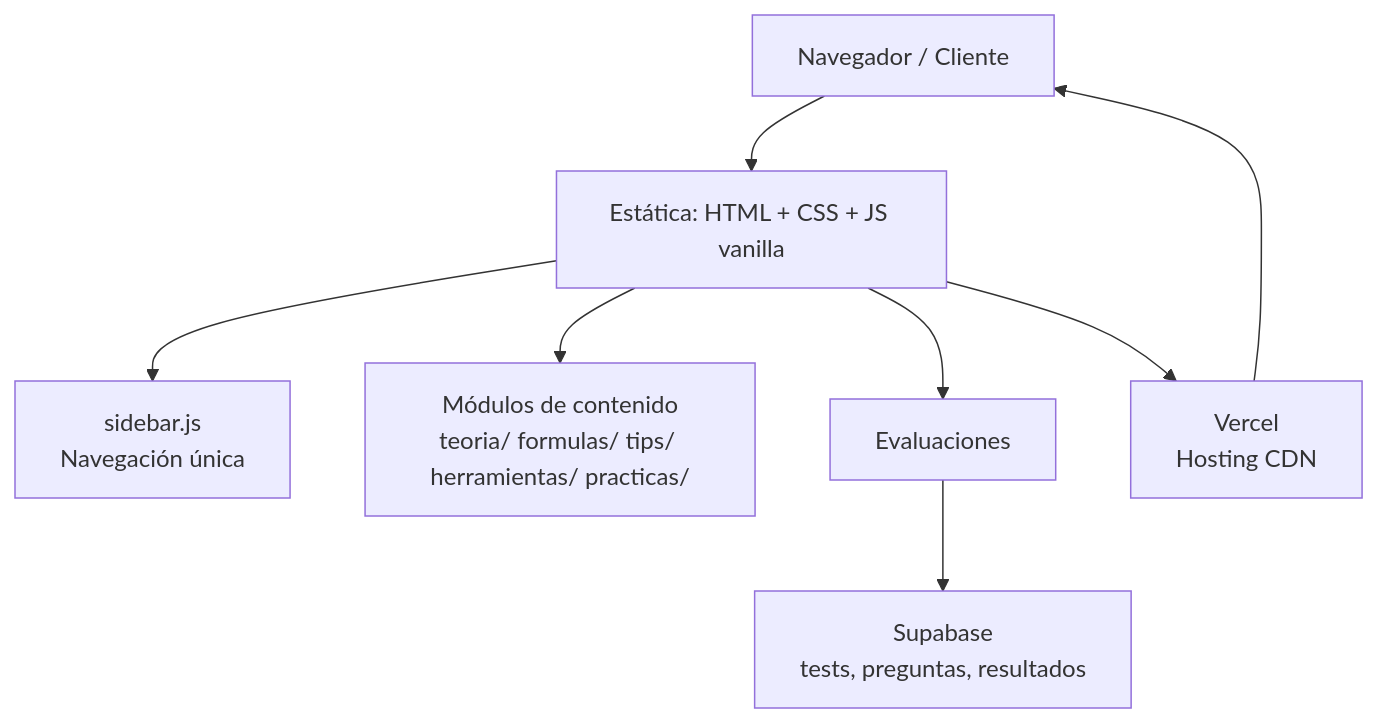
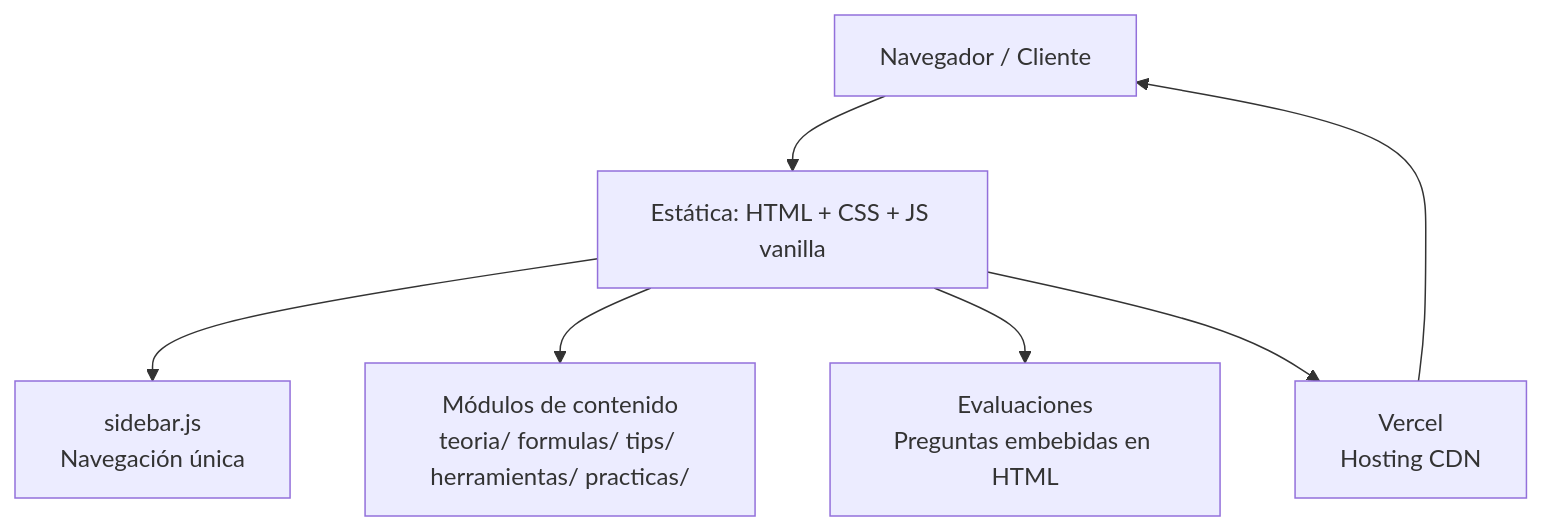
Before and after one commit to Samydex156/vanilla-blog-excel: the diagram in docs/README.md, drawn with Mermaid. The commit also changed other lines of this file and 6 other files, not shown here.

Commit message:
docs: actualizar documentacion tras eliminacion de Supabase y evaluaciones estaticas

````diff
--- a/docs/README.md
+++ b/docs/README.md
@@ -9,10 +9,9 @@
 ```mermaid
 graph TD
     A[Navegador / Cliente] --> B[Estática: HTML + CSS + JS vanilla]
     B --> C[sidebar.js<br/>Navegación única]
     B --> D[Módulos de contenido<br/>teoria/ formulas/ tips/ herramientas/ practicas/]
-    B --> E[Evaluaciones]
-    E --> F[Supabase<br/>tests, preguntas, resultados]
+    B --> E[Evaluaciones<br/>Preguntas embebidas en HTML]
     B --> G[Vercel<br/>Hosting CDN]
     G --> A
 ```
````
